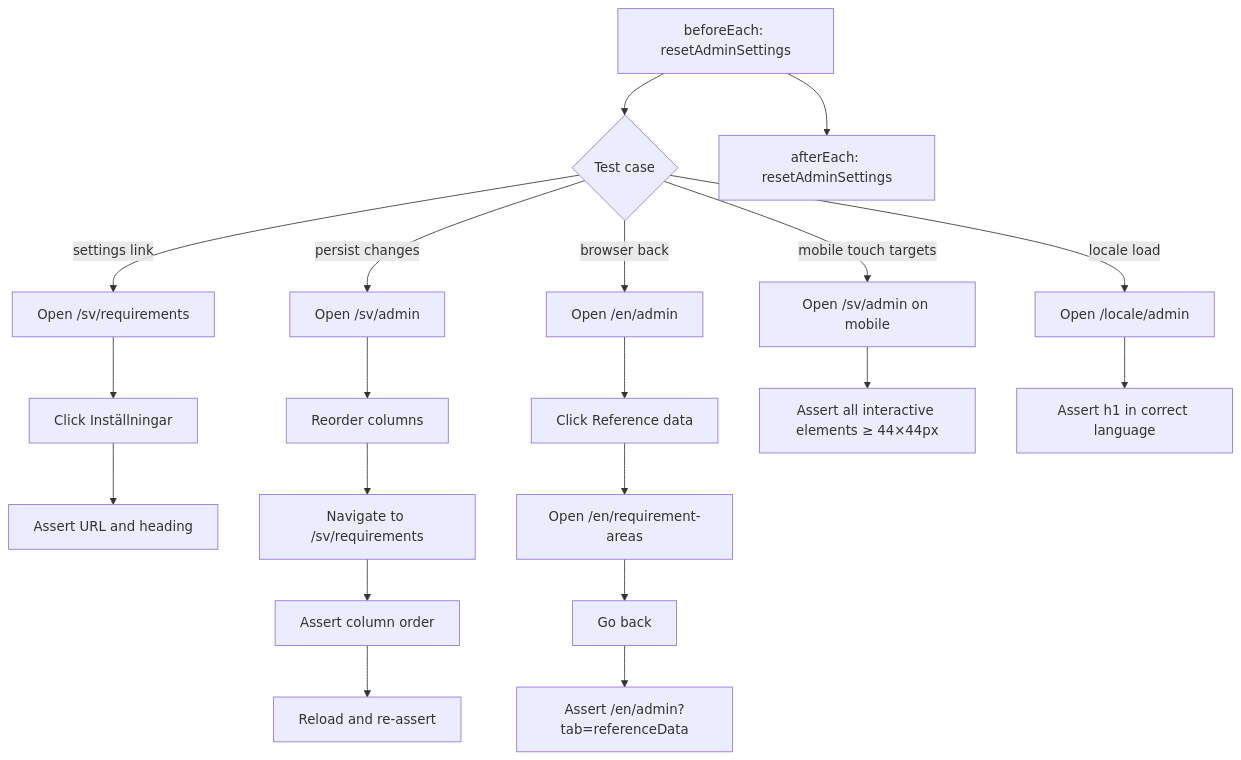
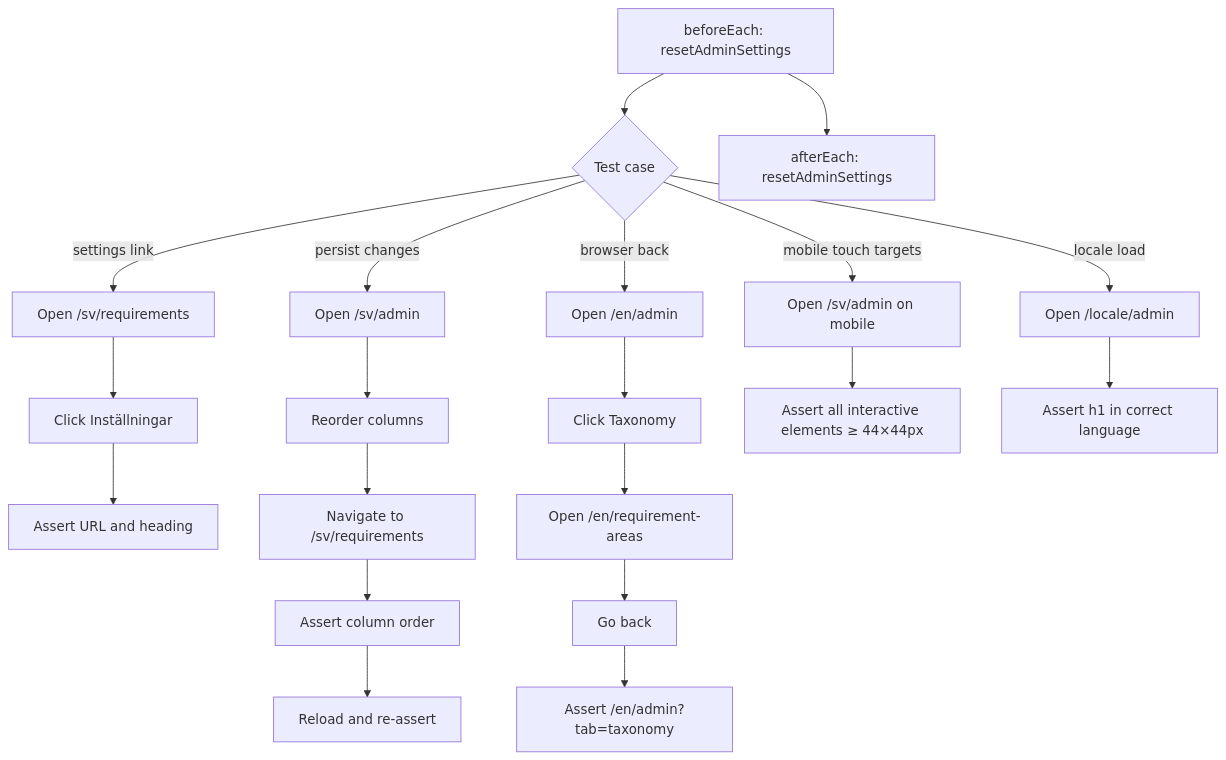
One commit to viscalyx/Kravhantering changed the first of 7 diagrams in tests/integration/admin-entrypoint.md. Above: the diagram before and after it, drawn with Mermaid. The commit also changed other lines of this file and 45 other files, not shown here.

Commit message:
feat: split reference data into two categories (#309)

````diff
--- a/tests/integration/admin-entrypoint.md
+++ b/tests/integration/admin-entrypoint.md
@@ -23,22 +23,22 @@
 ```mermaid
 flowchart TD
     A[beforeEach: resetAdminSettings] --> B{Test case}
     B -- settings link --> C[Open /sv/requirements]
     C --> D[Click Inställningar]
     D --> E[Assert URL and heading]
     B -- persist changes --> F[Open /sv/admin]
     F --> H[Reorder columns]
     H --> I[Navigate to /sv/requirements]
     I --> K[Assert column order]
     K --> L[Reload and re-assert]
     B -- browser back --> M[Open /en/admin]
-    M --> N[Click Reference data]
+    M --> N[Click Taxonomy]
     N --> O[Open /en/requirement-areas]
     O --> P[Go back]
-    P --> Q[Assert /en/admin?tab=referenceData]
+    P --> Q[Assert /en/admin?tab=taxonomy]
     B -- mobile touch targets --> R[Open /sv/admin on mobile]
     R --> S[Assert all interactive elements ≥ 44×44px]
     B -- locale load --> T[Open /locale/admin]
     T --> U[Assert h1 in correct language]
     A --> V[afterEach: resetAdminSettings]
 ```
````
